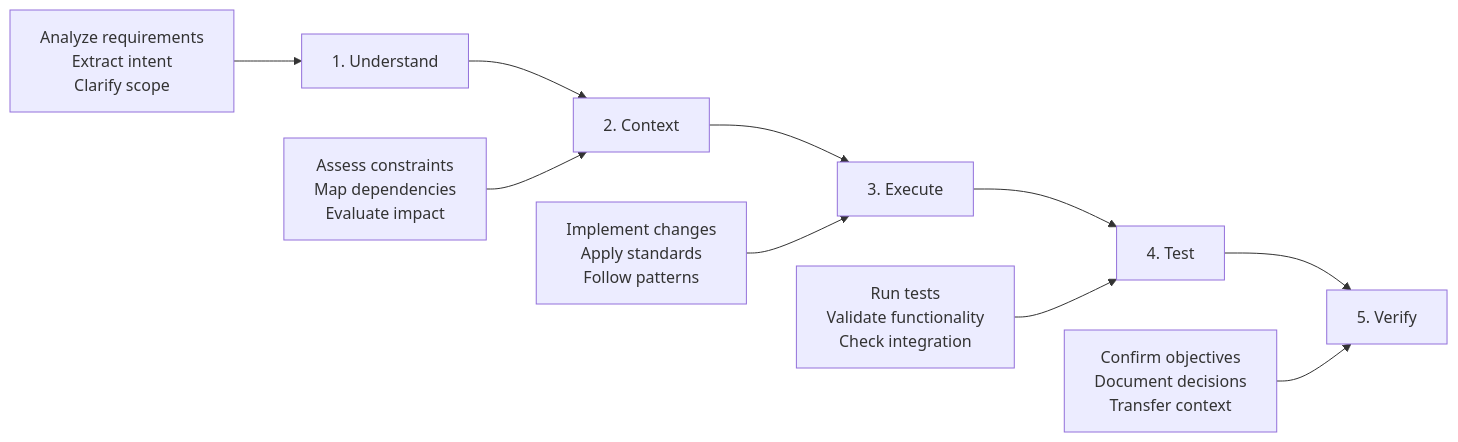
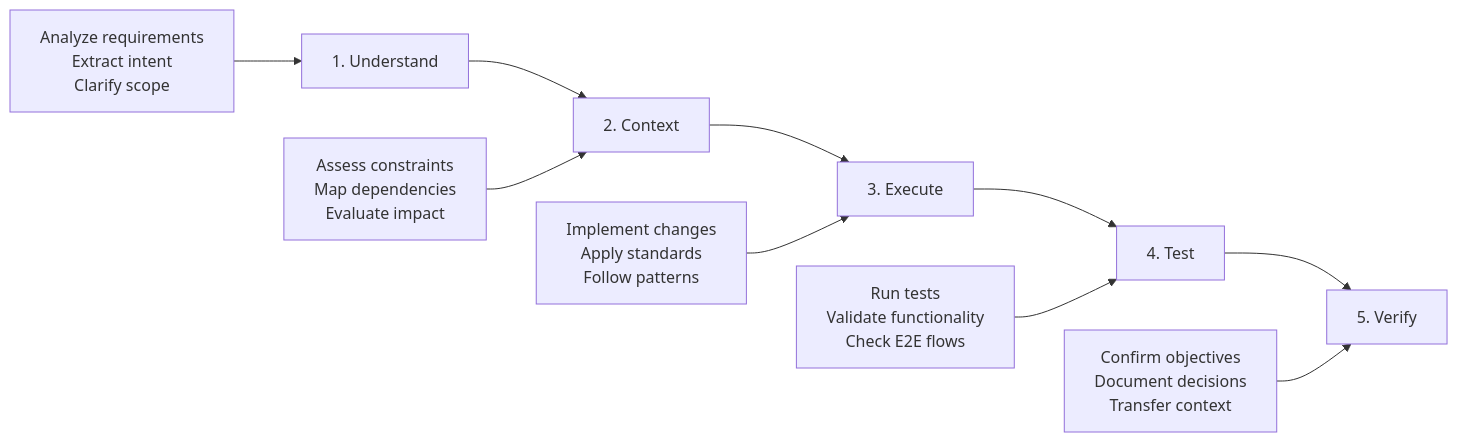
The third of 4 diagrams in docker/opencode/config/AGENTS.md (MerlinFloyd/horizon-sdlc-v2), drawn with Mermaid before and after one commit. The commit also changed other lines of this file and 12 other files, not shown here.

````diff
--- a/docker/opencode/config/AGENTS.md
+++ b/docker/opencode/config/AGENTS.md
@@ -101,13 +157,13 @@
 ```mermaid
 graph LR
     A[1. Understand] --> B[2. Context]
     B --> C[3. Execute]
     C --> D[4. Test]
     D --> E[5. Verify]
 
     A1[Analyze requirements<br/>Extract intent<br/>Clarify scope] --> A
     B1[Assess constraints<br/>Map dependencies<br/>Evaluate impact] --> B
     C1[Implement changes<br/>Apply standards<br/>Follow patterns] --> C
-    D1[Run tests<br/>Validate functionality<br/>Check integration] --> D
+    D1[Run tests<br/>Validate functionality<br/>Check E2E flows] --> D
     E1[Confirm objectives<br/>Document decisions<br/>Transfer context] --> E
 ```
````
